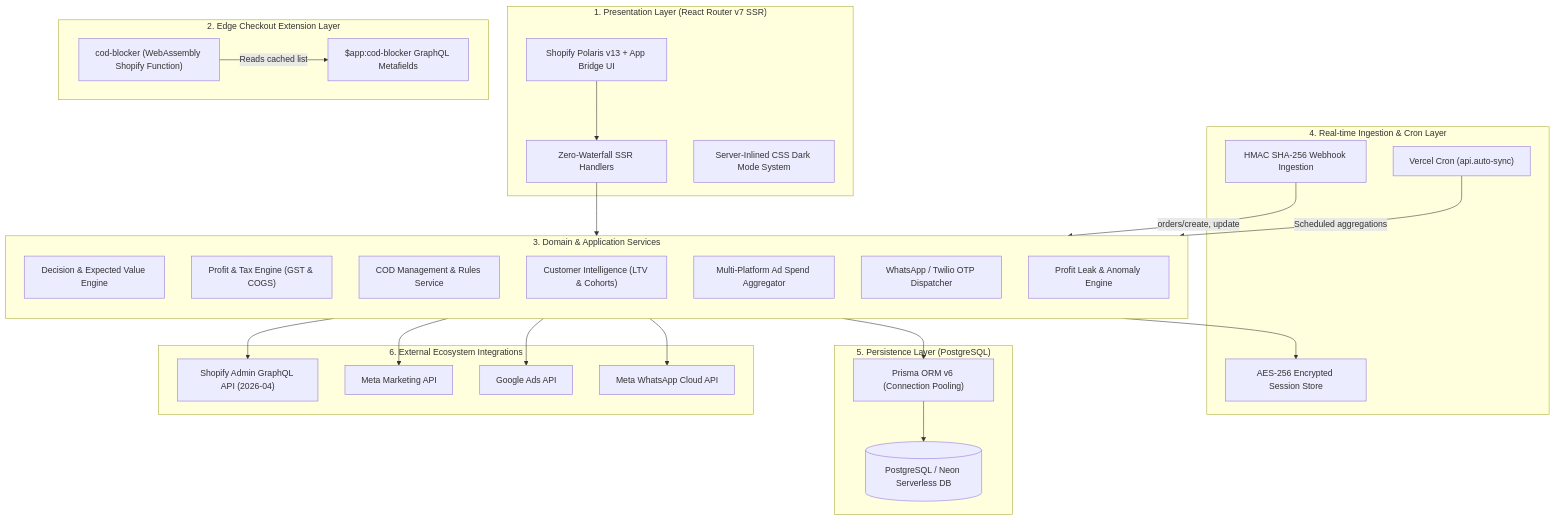
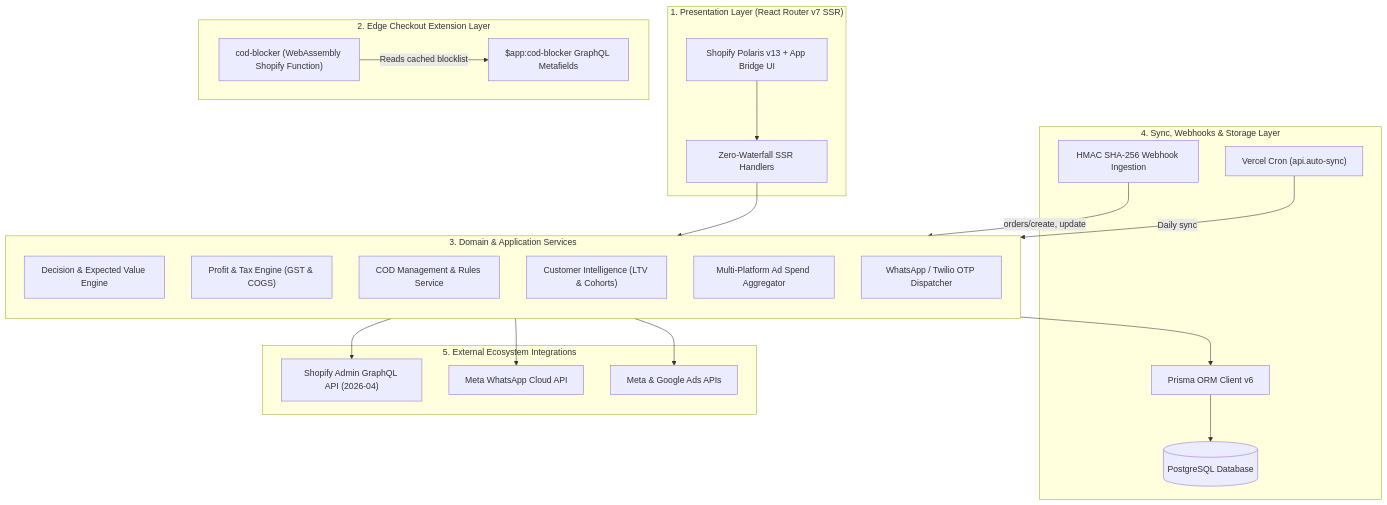
Before and after one commit to vishal1357v/ProfitRx: the first of 2 diagrams in README.md, drawn with Mermaid. The commit also changed other lines of this file, not shown here.

````diff
--- a/README.md
+++ b/README.md
@@ -44,62 +93,52 @@
 ```mermaid
 graph TD
     %% Presentation Layer
     subgraph Presentation ["1. Presentation Layer (React Router v7 SSR)"]
         UI["Shopify Polaris v13 + App Bridge UI"]
         SSR["Zero-Waterfall SSR Handlers"]
-        Theme["Server-Inlined CSS Dark Mode System"]
     end
 
     %% Edge Extension Layer
     subgraph Extension ["2. Edge Checkout Extension Layer"]
         WASM["cod-blocker (WebAssembly Shopify Function)"]
         Metafield["$app:cod-blocker GraphQL Metafields"]
     end
 
     %% Core Application Layer
     subgraph Core ["3. Domain & Application Services"]
         direction TB
         DE["Decision & Expected Value Engine"]
         PS["Profit & Tax Engine (GST & COGS)"]
         COD["COD Management & Rules Service"]
         CI["Customer Intelligence (LTV & Cohorts)"]
         ADS["Multi-Platform Ad Spend Aggregator"]
         WA["WhatsApp / Twilio OTP Dispatcher"]
-        ALERT["Profit Leak & Anomaly Engine"]
     end
 
-    %% Background & Sync Layer
-    subgraph Sync ["4. Real-time Ingestion & Cron Layer"]
+    %% Sync & Persistence Layer
+    subgraph Persistence ["4. Sync, Webhooks & Storage Layer"]
         WH["HMAC SHA-256 Webhook Ingestion"]
         Cron["Vercel Cron (api.auto-sync)"]
-        OAuth["AES-256 Encrypted Session Store"]
+        Prisma["Prisma ORM Client v6"]
+        DB[(PostgreSQL Database)]
     end
 
-    %% Persistence Layer
-    subgraph Persistence ["5. Persistence Layer (PostgreSQL)"]
-        Prisma["Prisma ORM v6 (Connection Pooling)"]
-        DB[(PostgreSQL / Neon Serverless DB)]
-    end
-
-    %% External APIs
-    subgraph External ["6. External Ecosystem Integrations"]
+    %% External Ecosystem
+    subgraph External ["5. External Ecosystem Integrations"]
         ShopifyAPI["Shopify Admin GraphQL API (2026-04)"]
-        MetaAPI["Meta Marketing API"]
-        GoogleAPI["Google Ads API"]
         WhatsAppAPI["Meta WhatsApp Cloud API"]
+        AdAPIs["Meta & Google Ads APIs"]
     end
 
     %% Connections
     UI --> SSR
     SSR --> Core
-    WASM -->|Reads cached list| Metafield
+    WASM -->|Reads cached blocklist| Metafield
     WH -->|orders/create, update| Core
-    Cron -->|Scheduled aggregations| Core
+    Cron -->|Daily sync| Core
     Core --> Prisma
     Prisma --> DB
     Core --> ShopifyAPI
-    ADS --> MetaAPI
-    ADS --> GoogleAPI
     WA --> WhatsAppAPI
-    Core --> OAuth
+    ADS --> AdAPIs
 ```
````
